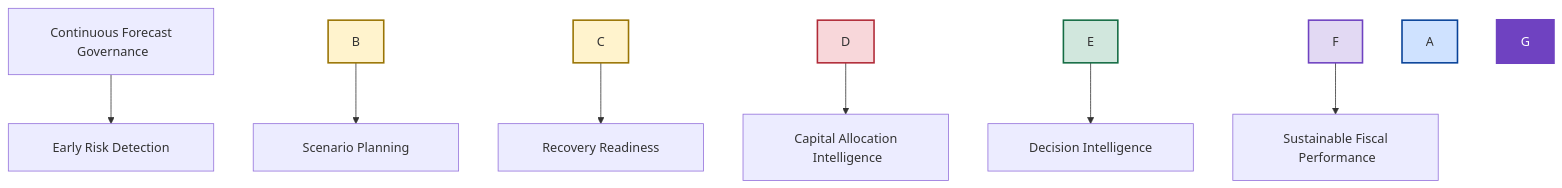
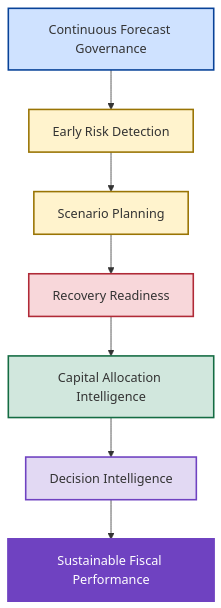
One commit to AwesomeAnil/newbridge-saas-operating-system changed the third of 3 diagrams in 12_Next_Generation_Operating_Model/next-generation-revenue-operating-model.md. Above: the diagram before and after it, drawn with Mermaid. The commit also changed other lines of this file, not shown here.

````diff
--- a/12_Next_Generation_Operating_Model/next-generation-revenue-operating-model.md
+++ b/12_Next_Generation_Operating_Model/next-generation-revenue-operating-model.md
@@ -288,18 +329,31 @@
 ```mermaid
 flowchart TD
-A\["<table><tr><td width='350' align='center'>Continuous Forecast<br> Governance</td></tr></table>"] --> B\["<table><tr><td width='350' align='center'>Early Risk Detection</td></tr></table>"]
-B --> C\["<table><tr><td width='350' align='center'>Scenario Planning</td></tr></table>"]
-C --> D\["<table><tr><td width='350' align='center'>Recovery Readiness</td></tr></table>"]
-D --> E\["<table><tr><td width='350' align='center'>Capital Allocation<br> Intelligence</td></tr></table>"]
-E --> F\["<table><tr><td width='350' align='center'>Decision Intelligence</td></tr></table>"]
-F --> G\["<table><tr><td width='350' align='center'>Sustainable Fiscal<br> Performance</td></tr></table>"]
 
-%% Individual Node Color Overrides
+A["Continuous Forecast Governance"]
+
+--> B["Early Risk Detection"]
+
+--> C["Scenario Planning"]
+
+--> D["Recovery Readiness"]
+
+--> E["Capital Allocation Intelligence"]
+
+--> F["Decision Intelligence"]
+
+--> G["Sustainable Fiscal Performance"]
+
 style A fill:#cfe2ff,stroke:#084298,stroke-width:2px
+
 style B fill:#fff3cd,stroke:#997404,stroke-width:2px
+
 style C fill:#fff3cd,stroke:#997404,stroke-width:2px
+
 style D fill:#f8d7da,stroke:#b02a37,stroke-width:2px
+
 style E fill:#d1e7dd,stroke:#146c43,stroke-width:2px
+
 style F fill:#e2d9f3,stroke:#6f42c1,stroke-width:2px
+
 style G fill:#6f42c1,color:#ffffff,stroke:#6f42c1,stroke-width:3px
 ```
````
